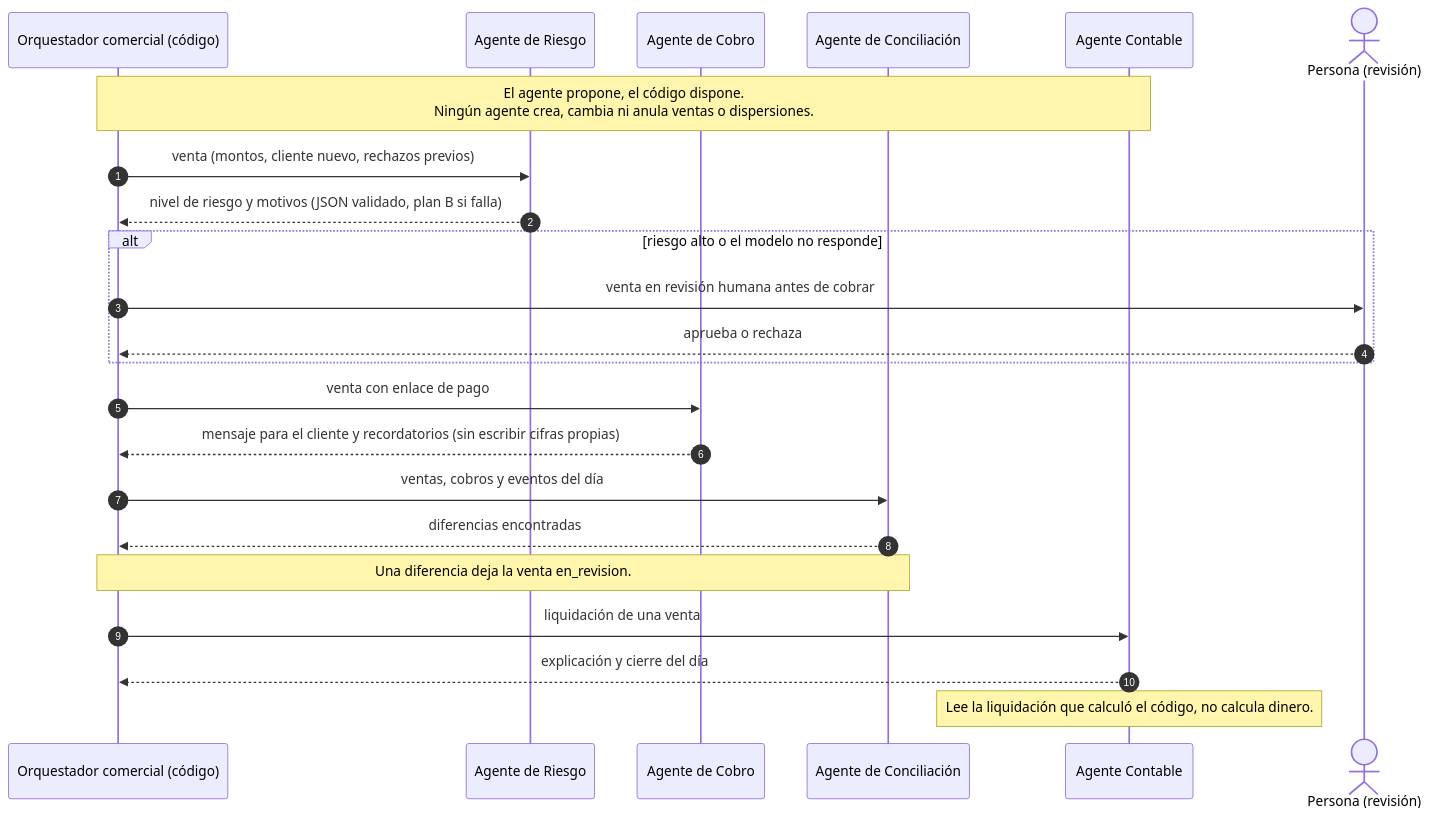
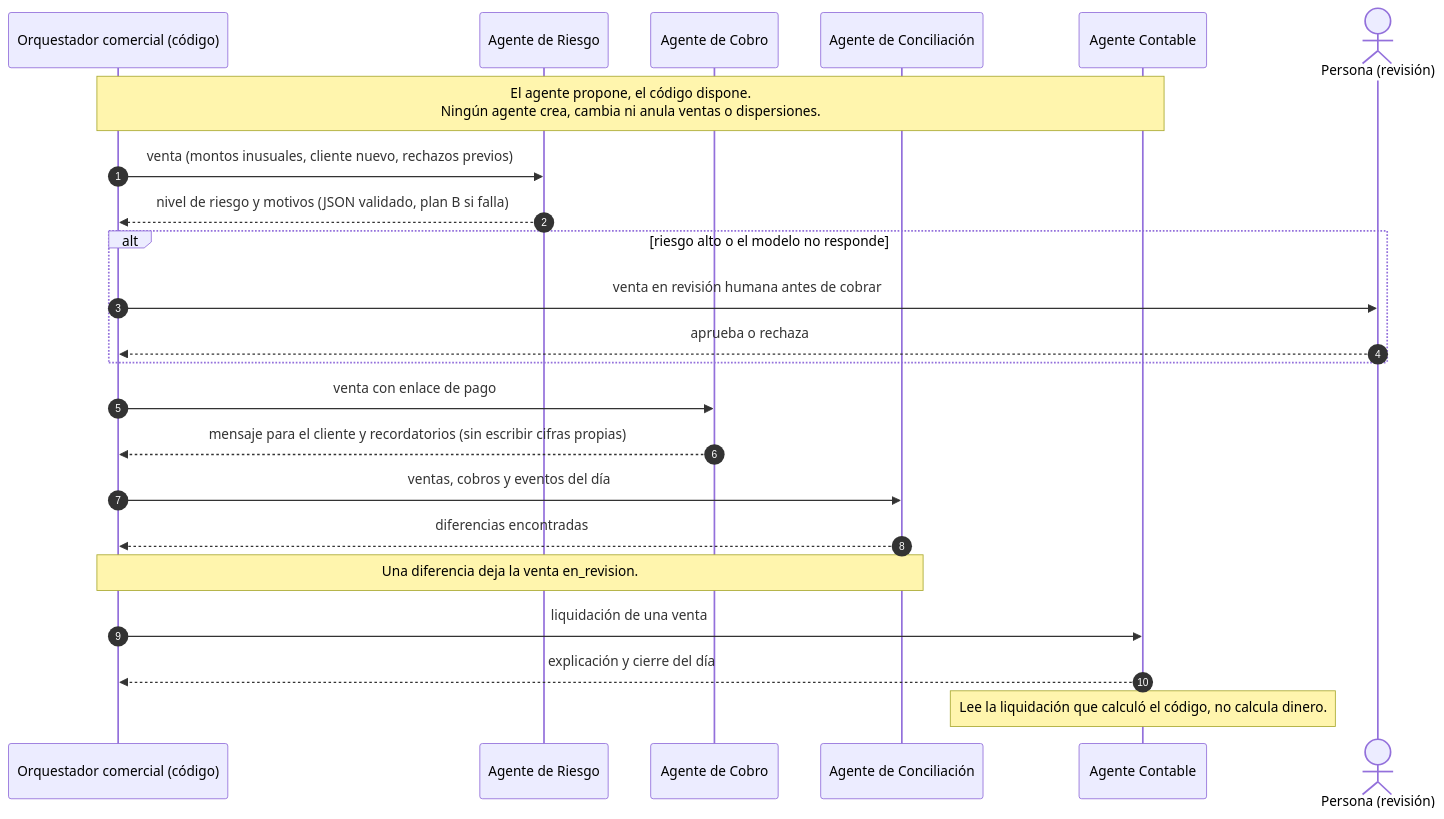
The third of 3 diagrams in docs/diagrama-secuencia-ventas.md (CristianT71/CobraYa), drawn with Mermaid before and after one commit. The commit also changed other lines of this file and 5 other files, not shown here.

Commit message:
docs: diagrama y acuerdo de Ventas contrastados con el kit (estados, eventos y errores exactos); kit-apoyo fuera de git

````diff
--- a/docs/diagrama-secuencia-ventas.md
+++ b/docs/diagrama-secuencia-ventas.md
@@ -125,30 +141,30 @@
 ```mermaid
 sequenceDiagram
     autonumber
     participant V as Orquestador comercial (código)
     participant R as Agente de Riesgo
     participant K as Agente de Cobro
     participant L as Agente de Conciliación
     participant A as Agente Contable
     actor H as Persona (revisión)
 
     Note over V,A: El agente propone, el código dispone.<br/>Ningún agente crea, cambia ni anula ventas o dispersiones.
 
-    V->>R: venta (montos, cliente nuevo, rechazos previos)
+    V->>R: venta (montos inusuales, cliente nuevo, rechazos previos)
     R-->>V: nivel de riesgo y motivos (JSON validado, plan B si falla)
     alt riesgo alto o el modelo no responde
         V->>H: venta en revisión humana antes de cobrar
         H-->>V: aprueba o rechaza
     end
 
     V->>K: venta con enlace de pago
     K-->>V: mensaje para el cliente y recordatorios (sin escribir cifras propias)
 
     V->>L: ventas, cobros y eventos del día
     L-->>V: diferencias encontradas
     Note over V,L: Una diferencia deja la venta en_revision.
 
     V->>A: liquidación de una venta
     A-->>V: explicación y cierre del día
     Note over A: Lee la liquidación que calculó el código, no calcula dinero.
 ```
````
